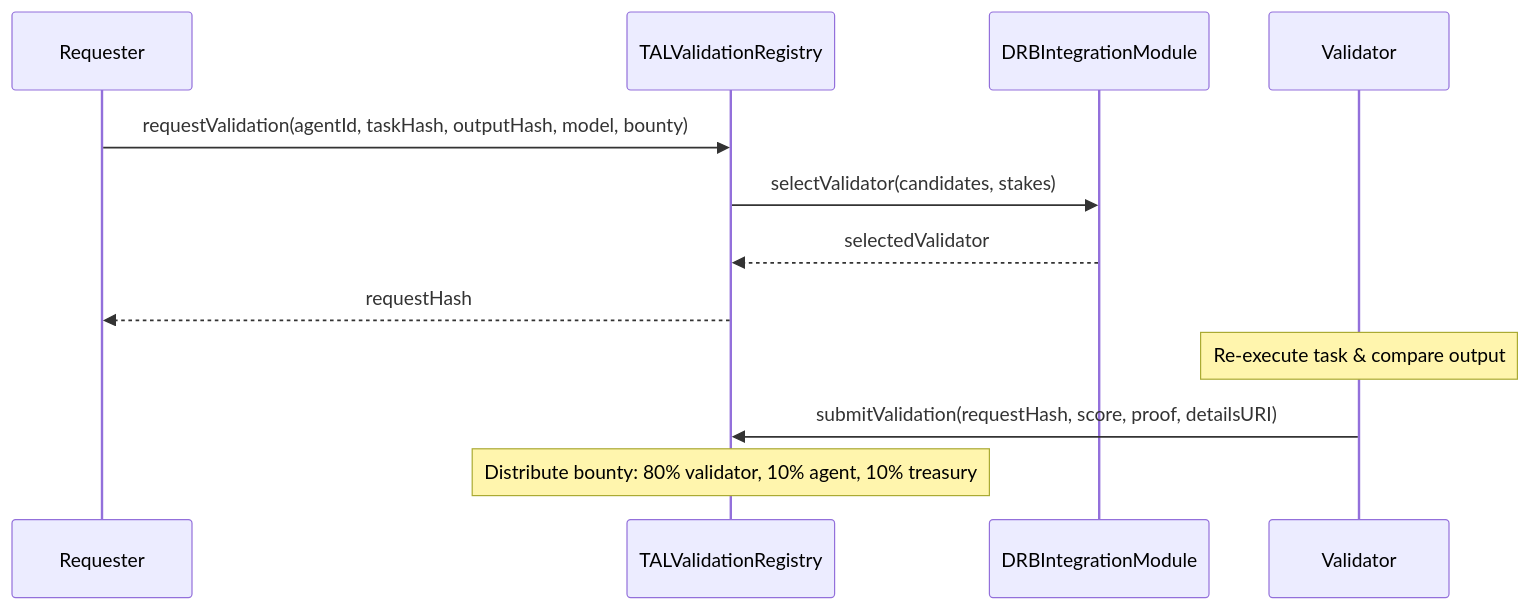
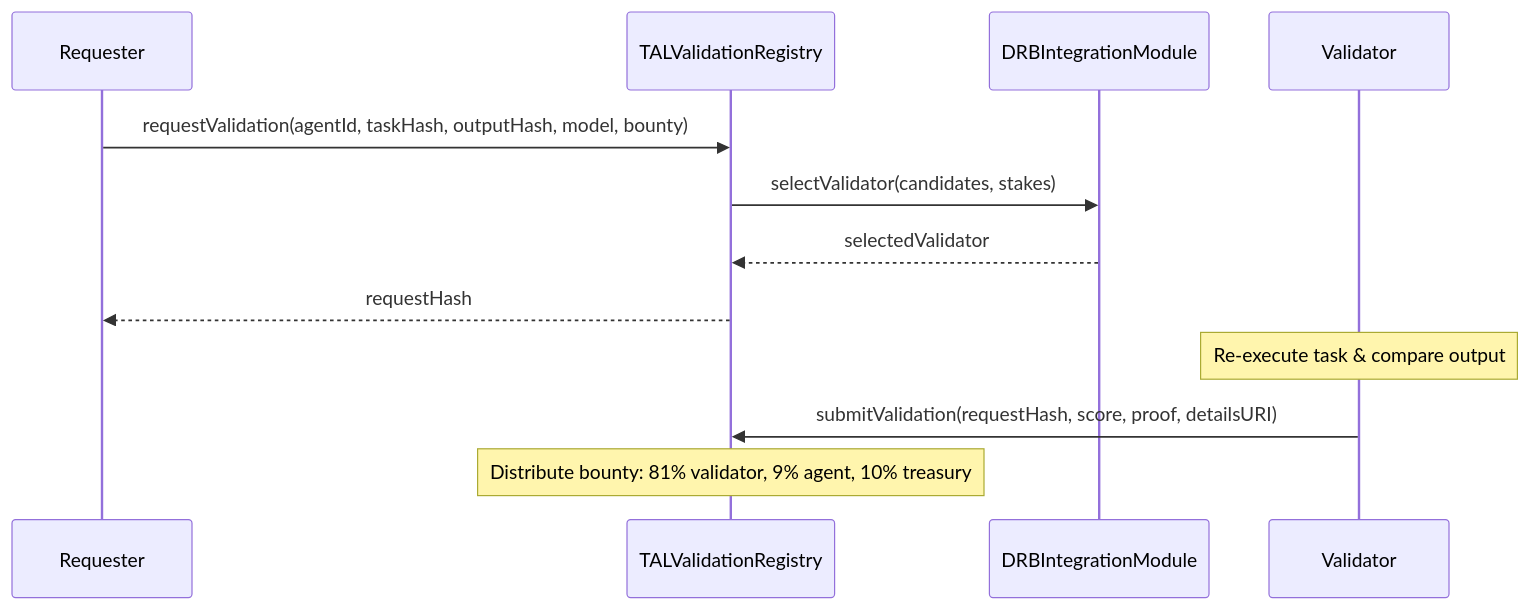
One commit to Mehd1b/Tokamak-AI-Layer changed the second of 2 diagrams in docs/docs/sdk/reputation-and-validation.md. Above: the diagram before and after it, drawn with Mermaid. The commit also changed other lines of this file and 21 other files, not shown here.

````diff
--- a/docs/docs/sdk/reputation-and-validation.md
+++ b/docs/docs/sdk/reputation-and-validation.md
@@ -160,17 +160,17 @@
 ```mermaid
 sequenceDiagram
     participant R as Requester
     participant V as TALValidationRegistry
     participant DRB as DRBIntegrationModule
     participant Val as Validator
 
     R->>V: requestValidation(agentId, taskHash, outputHash, model, bounty)
     V->>DRB: selectValidator(candidates, stakes)
     DRB-->>V: selectedValidator
     V-->>R: requestHash
 
     Note over Val: Re-execute task & compare output
     Val->>V: submitValidation(requestHash, score, proof, detailsURI)
 
-    Note over V: Distribute bounty: 80% validator, 10% agent, 10% treasury
+    Note over V: Distribute bounty: 81% validator, 9% agent, 10% treasury
 ```
````
